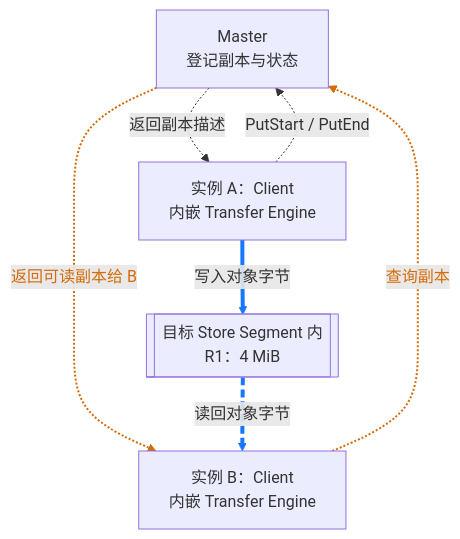
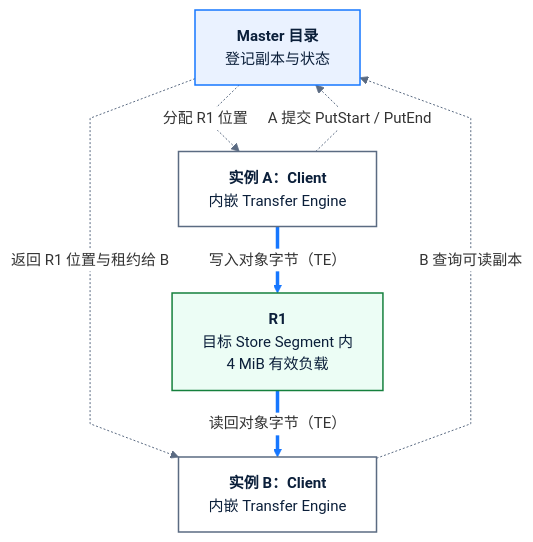
The diagram in mooncake-kv-cache-series/wechat/01-shared-kv-cache.md (Hansyangxingxiang/Mooncake), drawn with Mermaid before and after one commit. The commit also changed other lines of this file and 9 other files, not shown here.

````diff
--- a/mooncake-kv-cache-series/wechat/01-shared-kv-cache.md
+++ b/mooncake-kv-cache-series/wechat/01-shared-kv-cache.md
@@ -47,16 +47,20 @@
 ```mermaid
+%%{init: {"theme":"base","themeVariables":{"fontFamily":"Noto Sans CJK SC, sans-serif","fontSize":"15px","lineColor":"#5B6B82","edgeLabelBackground":"#FFFFFF"},"flowchart":{"curve":"linear","nodeSpacing":18,"rankSpacing":44,"diagramPadding":4,"htmlLabels":true},"themeCSS":".edgeLabel .label span{font-size:13px !important;line-height:1.3}.nodeLabel{line-height:1.35}"}}%%
 flowchart TB
-    M["Master<br/>登记副本与状态"]
-    A["实例 A：Client<br/>内嵌 Transfer Engine"]
-    B["实例 B：Client<br/>内嵌 Transfer Engine"]
-    R1[["目标 Store Segment 内<br/>R1：4 MiB"]]
-    A -.->|"PutStart / PutEnd"| M
-    M -.->|"返回副本描述"| A
-    B -.->|"查询副本"| M
-    M -.->|"返回可读副本给 B"| B
-    A ==>|"写入对象字节"| R1
-    R1 -.->|"读回对象字节"| B
-    linkStyle 2,3 stroke:#D46B08,color:#D46B08,stroke-width:2px
-    linkStyle 4 stroke:#1677FF,stroke-width:4px
-    linkStyle 5 stroke:#1677FF,stroke-width:4px,stroke-dasharray:8 4
+    M["<b>Master 目录</b><br/>登记副本与状态"]:::master
+    A["<b>实例 A：Client</b><br/>内嵌 Transfer Engine"]:::client
+    B["<b>实例 B：Client</b><br/>内嵌 Transfer Engine"]:::client
+    R1["<b>R1</b><br/>目标 Store Segment 内<br/>4 MiB 有效负载"]:::data
+
+    A -.->|"A 提交 PutStart / PutEnd"| M
+    M -.->|"分配 R1 位置"| A
+    B -.->|"B 查询可读副本"| M
+    M -.->|"返回 R1 位置与租约给 B"| B
+    A ==>|"写入对象字节（TE）"| R1
+    R1 ==>|"读回对象字节（TE）"| B
+
+    classDef master fill:#EAF2FF,stroke:#1677FF,stroke-width:1.5px,color:#0B1F3A,font-size:15px
+    classDef client fill:#FFFFFF,stroke:#5B6B82,stroke-width:1.5px,color:#0B1F3A,font-size:15px
+    classDef data fill:#ECFDF5,stroke:#15803D,stroke-width:1.5px,color:#0B1F3A,font-size:15px
+    linkStyle 4,5 stroke:#1677FF,stroke-width:3.5px
 ```
````
